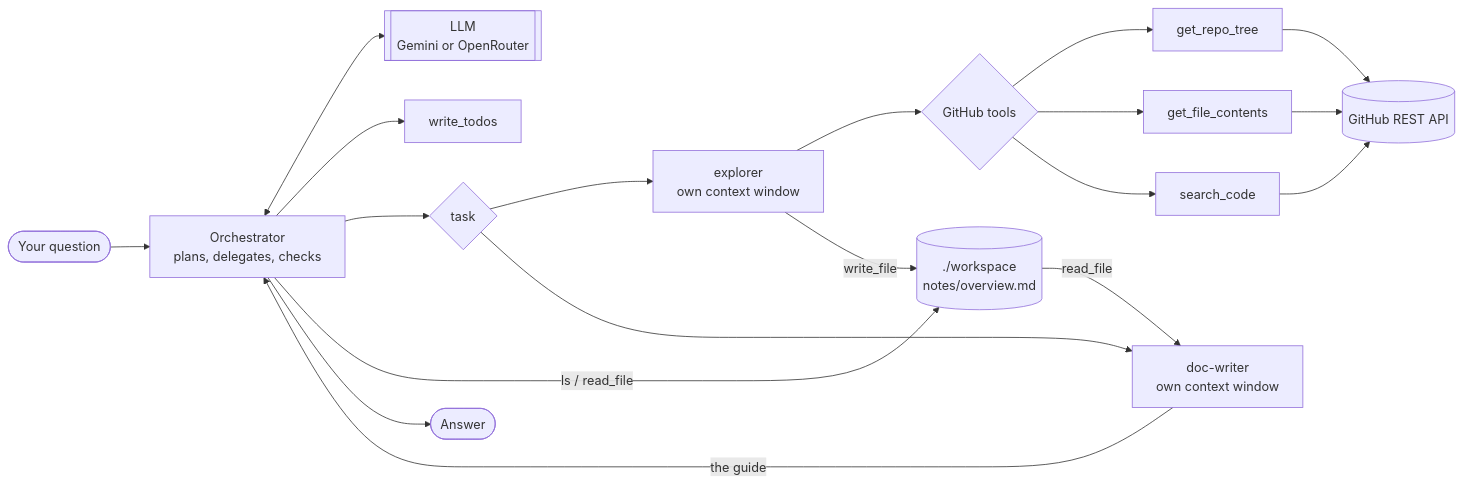
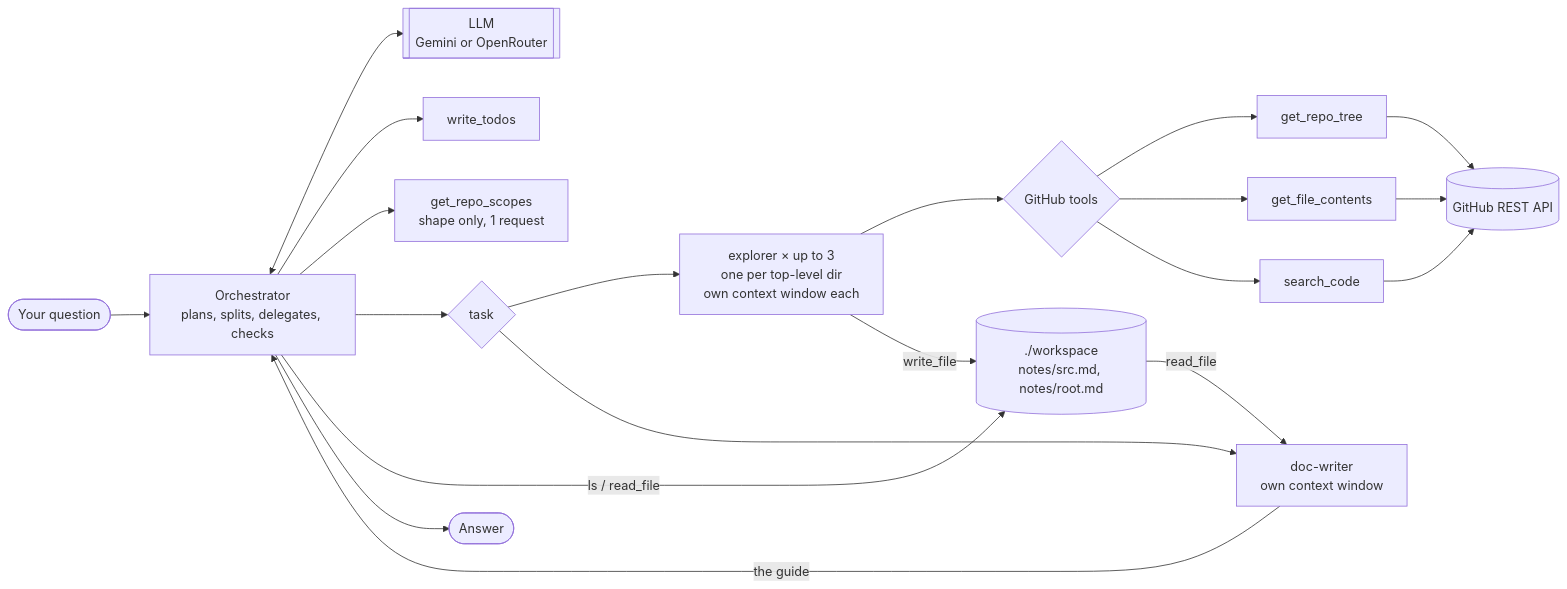
The diagram in README.md (ArchitKandu/repo-cartographer), drawn with Mermaid before and after one commit. The commit also changed other lines of this file and 9 other files, not shown here.

````diff
--- a/README.md
+++ b/README.md
@@ -128,19 +181,20 @@
 ```mermaid
 flowchart LR
-    U([Your question]) --> A[Orchestrator<br/>plans, delegates, checks]
+    U([Your question]) --> A[Orchestrator<br/>plans, splits, delegates, checks]
     A <--> M[["LLM<br/>Gemini or OpenRouter"]]
     A --> P[write_todos]
+    A --> S[get_repo_scopes<br/>shape only, 1 request]
     A --> K{task}
-    K --> E[explorer<br/>own context window]
+    K --> E[explorer × up to 3<br/>one per top-level dir<br/>own context window each]
     K --> C[doc-writer<br/>own context window]
     E --> T{GitHub tools}
     T --> T1[get_repo_tree]
     T --> T2[get_file_contents]
     T --> T3[search_code]
     T1 & T2 & T3 --> G[(GitHub REST API)]
-    E -- write_file --> D[("./workspace<br/>notes/overview.md")]
+    E -- write_file --> D[("./workspace<br/>notes/src.md, notes/root.md")]
     D -- read_file --> C
     A -- ls / read_file --> D
     C -- the guide --> A
     A --> R([Answer])
 ```
````
